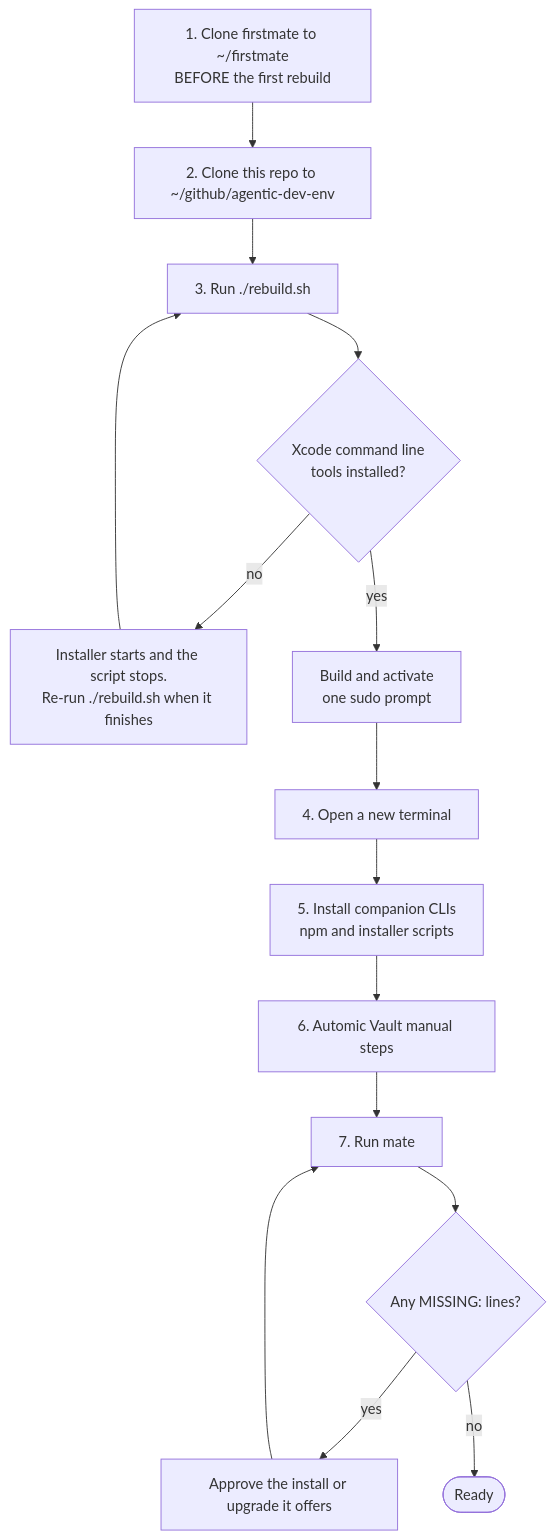
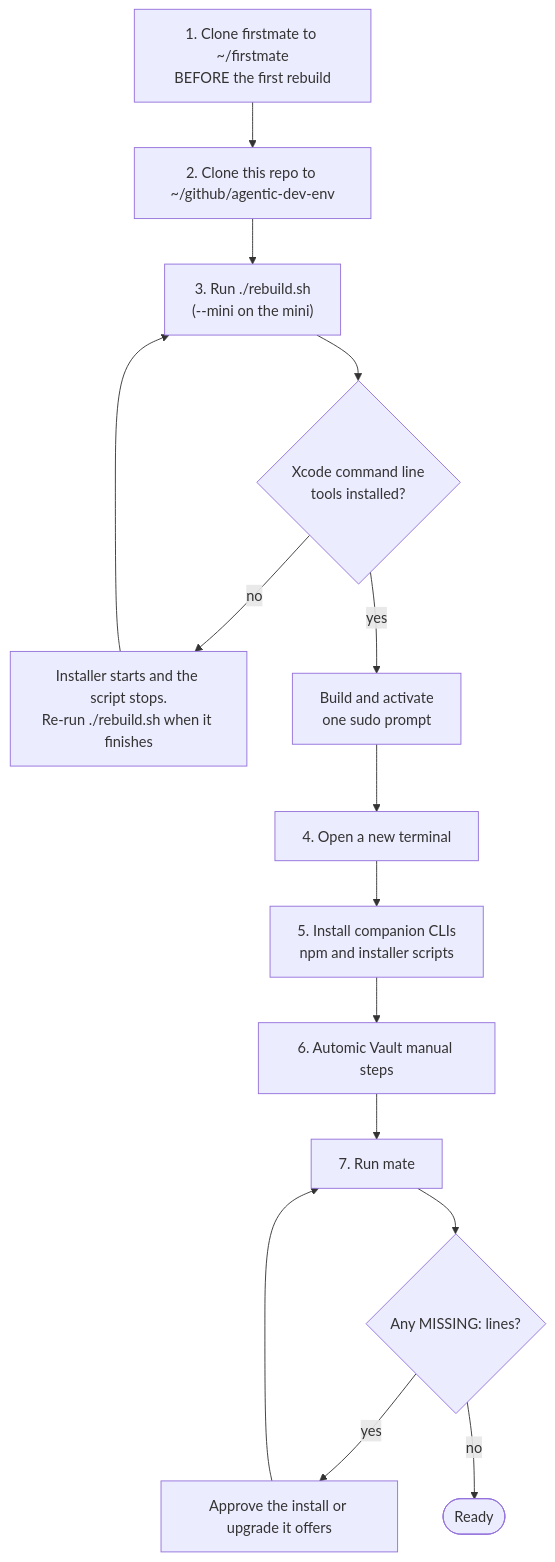
Before and after one commit to aditya-sathish-rao/agentic-dev-env: the second of 10 diagrams in README.md, drawn with Mermaid. The commit also changed other lines of this file and 116 other files, not shown here.

````diff
--- a/README.md
+++ b/README.md
@@ -113,17 +113,17 @@
 ```mermaid
 flowchart TD
     A["1. Clone firstmate to ~/firstmate<br/>BEFORE the first rebuild"] --> B["2. Clone this repo to ~/github/agentic-dev-env"]
-    B --> C["3. Run ./rebuild.sh"]
+    B --> C["3. Run ./rebuild.sh<br/>(--mini on the mini)"]
     C --> D{"Xcode command line<br/>tools installed?"}
     D -- "no" --> D1["Installer starts and the script stops.<br/>Re-run ./rebuild.sh when it finishes"]
     D1 --> C
     D -- "yes" --> E["Build and activate<br/>one sudo prompt"]
     E --> F["4. Open a new terminal"]
     F --> G["5. Install companion CLIs<br/>npm and installer scripts"]
     G --> H["6. Automic Vault manual steps"]
     H --> I["7. Run mate"]
     I --> J{"Any MISSING: lines?"}
     J -- "yes" --> J1["Approve the install or upgrade it offers"]
     J1 --> I
     J -- "no" --> K(["Ready"])
 ```
````
